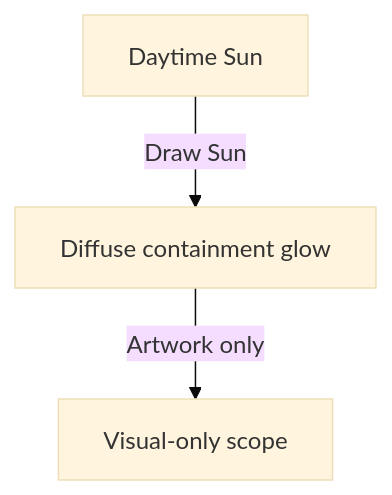
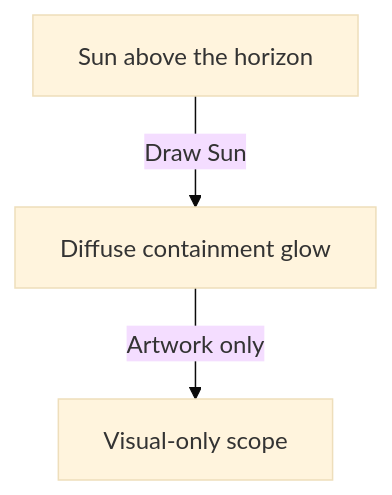
Before and after one commit to missionode/lite: diagram 23 of 28 in docs/app-map/FLOW-REFERENCE.md, drawn with Mermaid (base theme). The commit also changed other lines of this file and 29 other files, not shown here.

````diff
--- a/docs/app-map/FLOW-REFERENCE.md
+++ b/docs/app-map/FLOW-REFERENCE.md
@@ -1041,8 +1048,8 @@
 ```mermaid
 flowchart TD
-  day["Daytime Sun"]
+  day["Sun above the horizon"]
   glow["Diffuse containment glow"]
   scope["Visual-only scope"]
   day -->|"Draw Sun"| glow
   glow -->|"Artwork only"| scope
 ```
````
